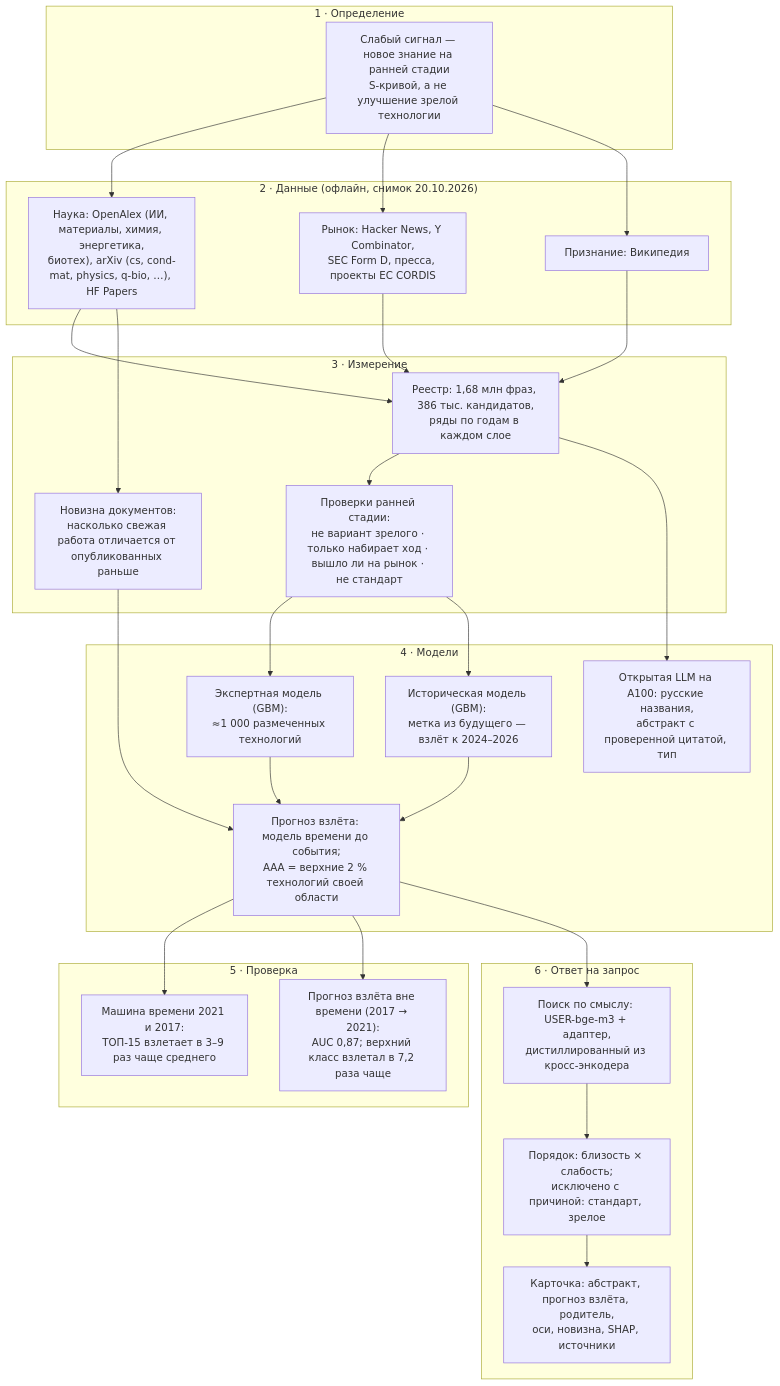
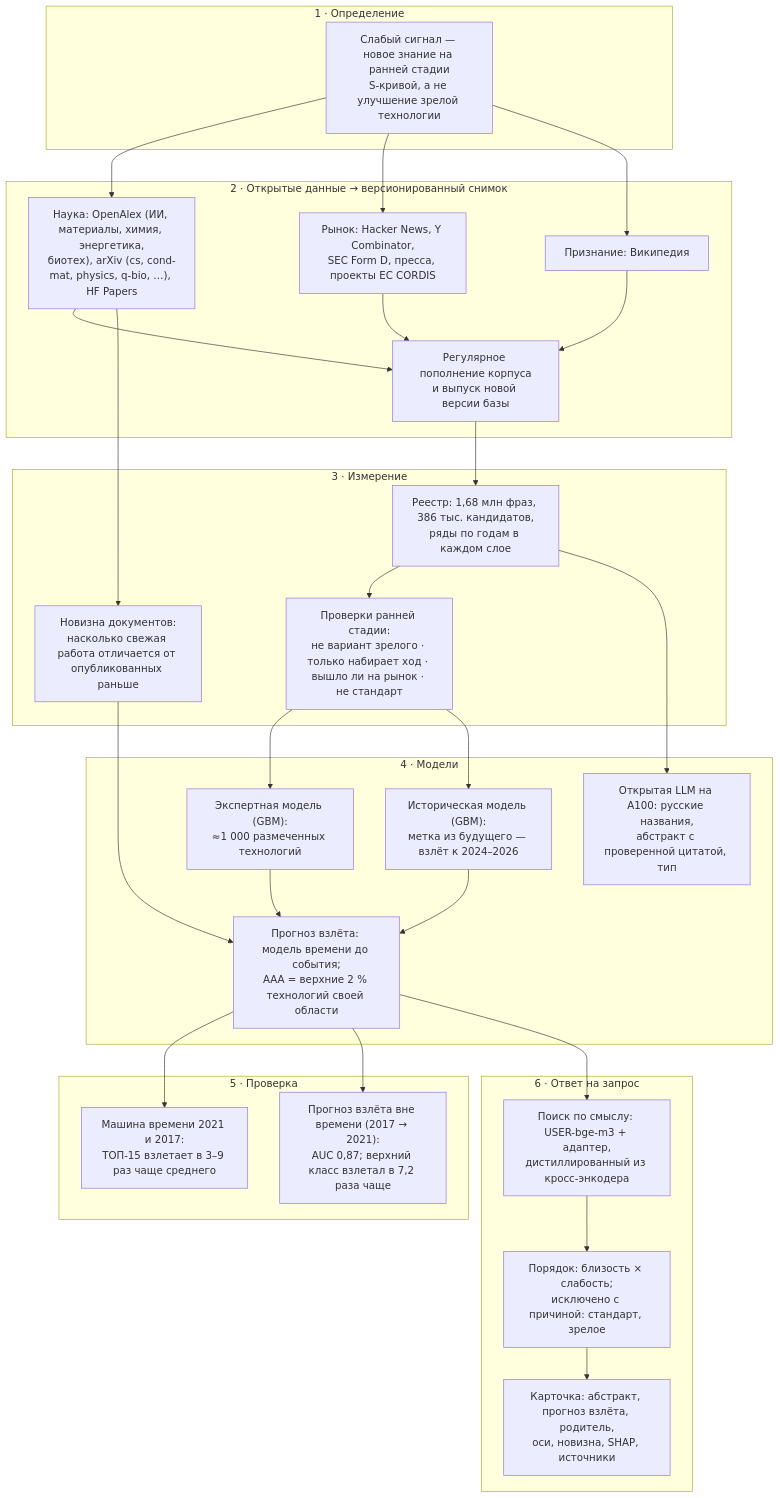
One commit to weak-signals-forecast/predvestnik changed the diagram in README.md. Above: the diagram before and after it, drawn with Mermaid. The commit also changed other lines of this file, not shown here.

Commit message:
README: описать пополнение корпуса из открытых источников

````diff
--- a/README.md
+++ b/README.md
@@ -95,36 +100,37 @@
 ```mermaid
 flowchart TB
     subgraph D0["1 · Определение"]
         H["Слабый сигнал — новое знание на ранней стадии<br/>S-кривой, а не улучшение зрелой технологии"]
     end
-    subgraph D1["2 · Данные (офлайн, снимок 20.10.2026)"]
+    subgraph D1["2 · Открытые данные → версионированный снимок"]
         C1["Наука: OpenAlex (ИИ, материалы, химия, энергетика,<br/>биотех), arXiv (cs, cond-mat, physics, q-bio, …), HF Papers"]
         C2["Рынок: Hacker News, Y Combinator,<br/>SEC Form D, пресса, проекты ЕС CORDIS"]
         C3["Признание: Википедия"]
+        U["Регулярное пополнение корпуса<br/>и выпуск новой версии базы"]
     end
     subgraph D2["3 · Измерение"]
         R["Реестр: 1,68 млн фраз, 386 тыс. кандидатов,<br/>ряды по годам в каждом слое"]
         A["Проверки ранней стадии:<br/>не вариант зрелого · только набирает ход · вышло ли на рынок · не стандарт"]
         N["Новизна документов:<br/>насколько свежая работа отличается от опубликованных раньше"]
     end
     subgraph D3["4 · Модели"]
         M1["Экспертная модель (GBM):<br/>≈1 000 размеченных технологий"]
         M2["Историческая модель (GBM):<br/>метка из будущего — взлёт к 2024–2026"]
         P["Прогноз взлёта: модель времени до события;<br/>AAA = верхние 2 % технологий своей области"]
         L["Открытая LLM на A100: русские названия,<br/>абстракт с проверенной цитатой, тип"]
     end
     subgraph D4["5 · Проверка"]
         V1["Машина времени 2021 и 2017:<br/>ТОП-15 взлетает в 3–9 раз чаще среднего"]
         V2["Прогноз взлёта вне времени (2017 → 2021):<br/>AUC 0,87; верхний класс взлетал в 7,2 раза чаще"]
     end
     subgraph D5["6 · Ответ на запрос"]
         O["Поиск по смыслу: USER-bge-m3 + адаптер,<br/>дистиллированный из кросс-энкодера"]
         X["Порядок: близость × слабость;<br/>исключено с причиной: стандарт, зрелое"]
         K["Карточка: абстракт, прогноз взлёта, родитель,<br/>оси, новизна, SHAP, источники"]
     end
-    H --> C1 & C2 & C3 --> R --> A --> M1 & M2 --> P
+    H --> C1 & C2 & C3 --> U --> R --> A --> M1 & M2 --> P
     C1 --> N --> P
     R --> L
     P --> V1 & V2
     P --> O --> X --> K
 ```
````
